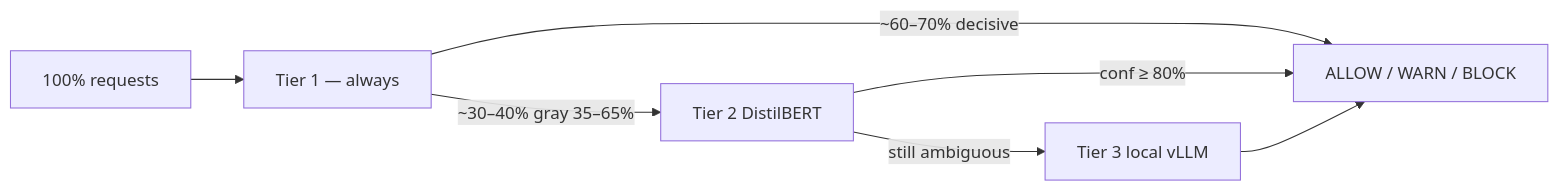
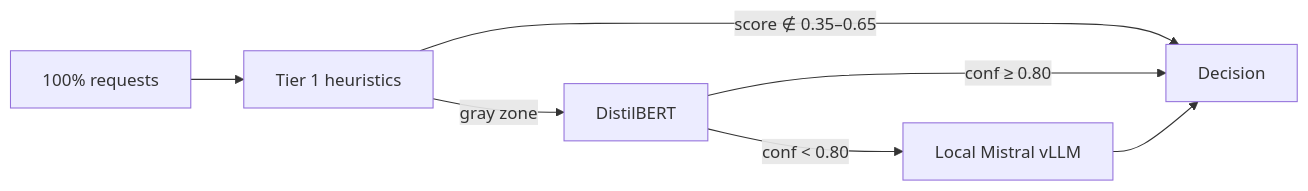
Before and after one commit to Shreeya1-pixel/SafeO_lablabai: the second of 2 diagrams in README.md, drawn with Mermaid. The commit also changed other lines of this file, not shown here.

First line of the commit message:
Rewrite README for technical judges: architecture, API surface, Band/ML depth.

````diff
--- a/README.md
+++ b/README.md
@@ -96,9 +152,9 @@
 ```mermaid
 flowchart LR
-    R[100% requests] --> T1[Tier 1 — always]
-    T1 -->|~60–70% decisive| OUT[ALLOW / WARN / BLOCK]
-    T1 -->|~30–40% gray 35–65%| T2[Tier 2 DistilBERT]
-    T2 -->|conf ≥ 80%| OUT
-    T2 -->|still ambiguous| T3[Tier 3 local vLLM]
+    IN[100% requests] --> T1[Tier 1 heuristics]
+    T1 -->|score ∉ 0.35–0.65| OUT[Decision]
+    T1 -->|gray zone| T2[DistilBERT]
+    T2 -->|conf ≥ 0.80| OUT
+    T2 -->|conf < 0.80| T3[Local Mistral vLLM]
     T3 --> OUT
 ```
````
